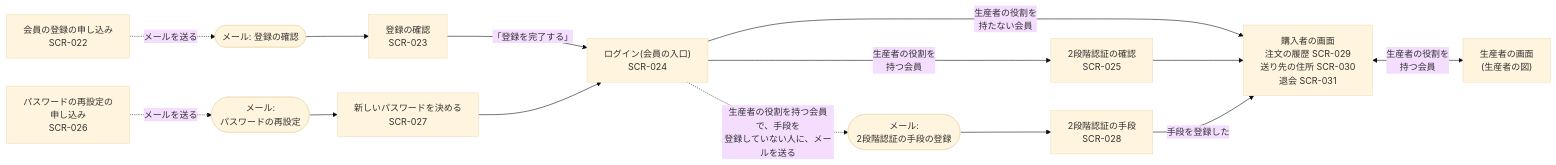
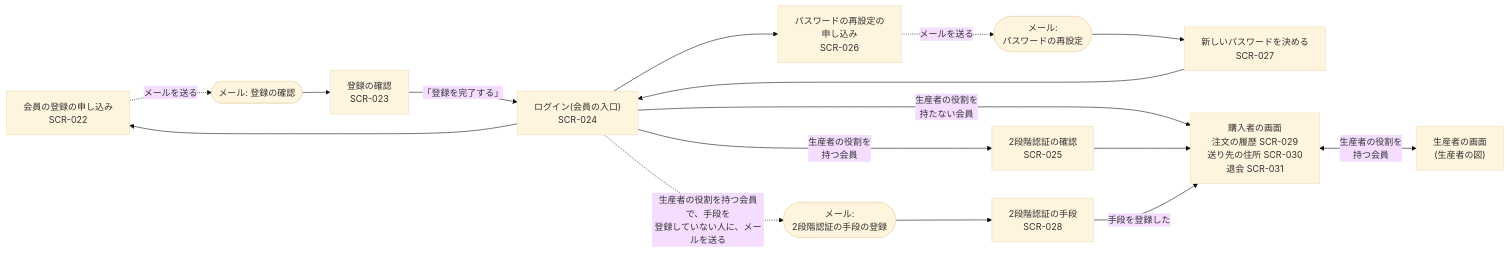
Diagram 13 of 16 in docs/02-basic-design.md (tenkunomori-emu/emu-farm-ec), drawn with Mermaid (base theme) before and after one commit. The commit also changed other lines of this file, not shown here.

Commit message:
docs: 画面遷移図の抜けを直し、管理者の図を2つに分ける

````diff
--- a/docs/02-basic-design.md
+++ b/docs/02-basic-design.md
@@ -1363,28 +1363,30 @@
 ```mermaid
 flowchart LR
     S022["会員の登録の申し込み<br/>SCR-022"]
     M3(["メール: 登録の確認"])
     S023["登録の確認<br/>SCR-023"]
     S026["パスワードの再設定の<br/>申し込み<br/>SCR-026"]
     M4(["メール:<br/>パスワードの再設定"])
     S027["新しいパスワードを決める<br/>SCR-027"]
     S024["ログイン(会員の入口)<br/>SCR-024"]
     S025["2段階認証の確認<br/>SCR-025"]
     M5(["メール:<br/>2段階認証の手段の登録"])
     S028["2段階認証の手段<br/>SCR-028"]
     BUYER["購入者の画面<br/>注文の履歴 SCR-029<br/>送り先の住所 SCR-030<br/>退会 SCR-031"]
     PROD["生産者の画面<br/>(生産者の図)"]
+    S024 --> S022
     S022 -.->|"メールを送る"| M3
     M3 --> S023
     S023 -->|"「登録を完了する」"| S024
+    S024 --> S026
     S026 -.->|"メールを送る"| M4
     M4 --> S027
     S027 --> S024
     S024 -->|"生産者の役割を<br/>持たない会員"| BUYER
     S024 -->|"生産者の役割を<br/>持つ会員"| S025
     S025 --> BUYER
     S024 -.->|"生産者の役割を持つ会員で、手段を<br/>登録していない人に、メールを送る"| M5
     M5 --> S028
     S028 -->|"手段を登録した"| BUYER
     BUYER <-->|"生産者の役割を<br/>持つ会員"| PROD
 ```
````
